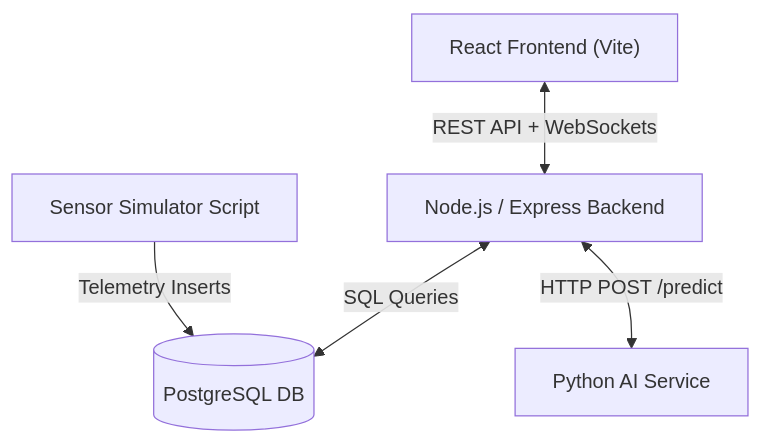
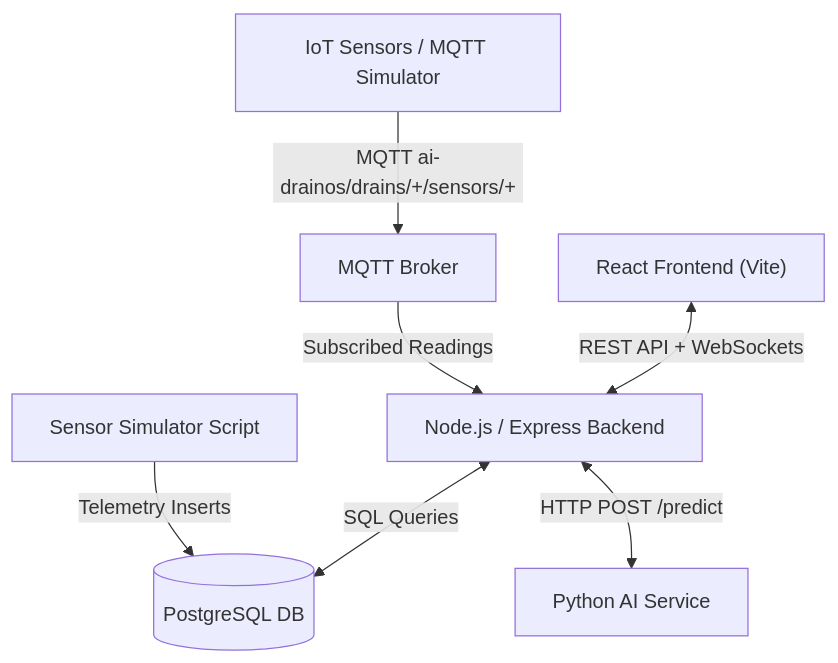
Before and after one commit to aakash00000001/AI-DrainOS: the first of 2 diagrams in README.md, drawn with Mermaid. The commit also changed other lines of this file and 10 other files, not shown here.

````diff
--- a/README.md
+++ b/README.md
@@ -86,7 +87,9 @@
 ```mermaid
 graph TD
     UI["React Frontend (Vite)"] <-->|REST API + WebSockets| Server["Node.js / Express Backend"]
     Server <-->|SQL Queries| DB[("PostgreSQL DB")]
     Server <-->|HTTP POST /predict| AI["Python AI Service"]
+    IoT["IoT Sensors / MQTT Simulator"] -->|MQTT ai-drainos/drains/+/sensors/+| Broker["MQTT Broker"]
+    Broker -->|Subscribed Readings| Server
     Sim["Sensor Simulator Script"] -->|Telemetry Inserts| DB
 ```
````
